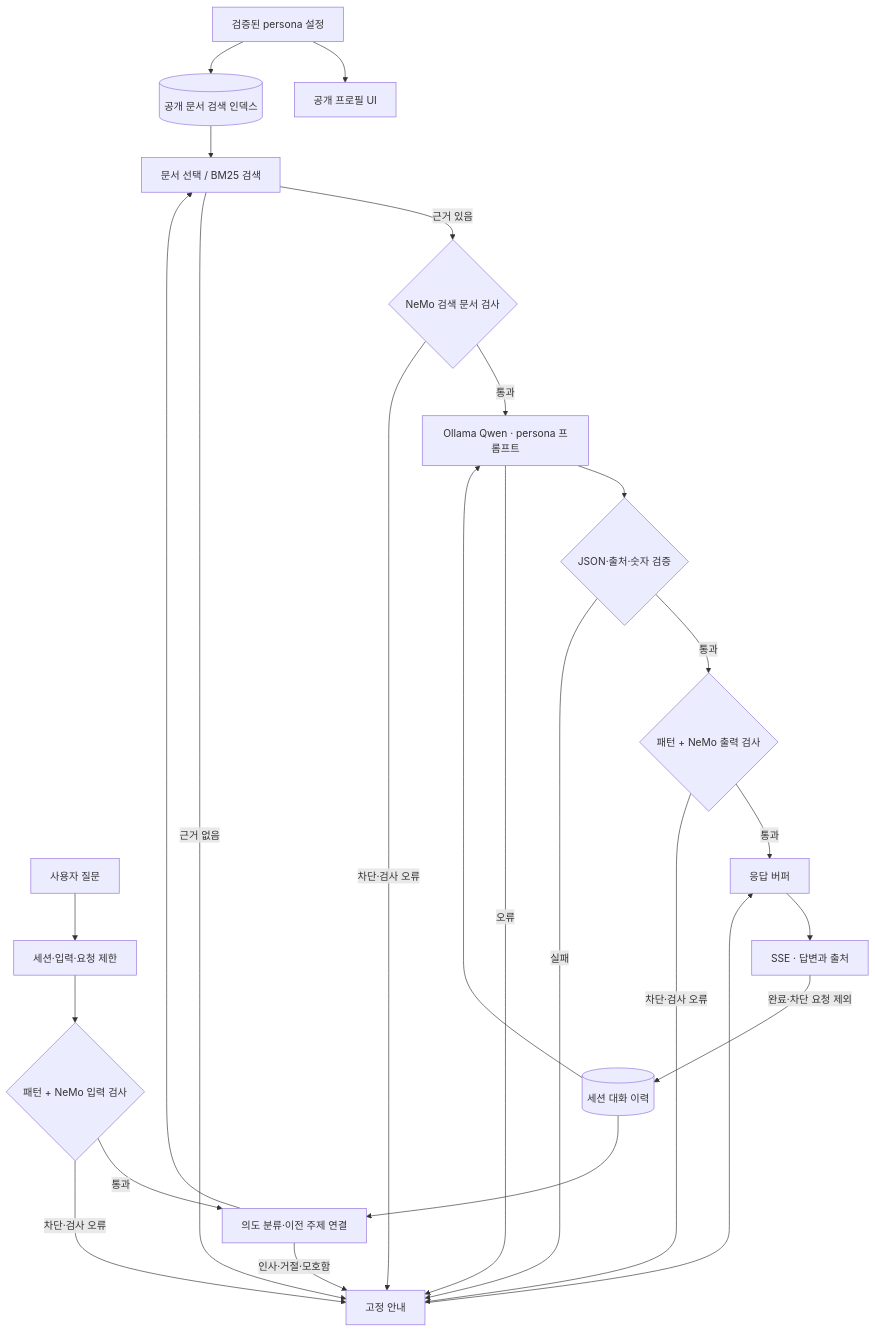
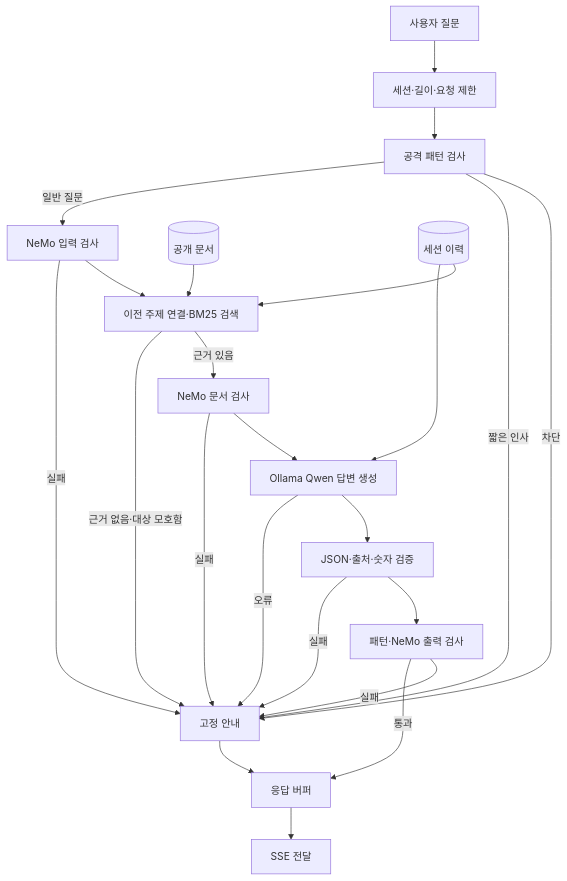
The diagram in README.md (Datapark1018/Personal-Persona-Chatbot), drawn with Mermaid before and after one commit. The commit also changed other lines of this file and 8 other files, not shown here.

````diff
--- a/README.md
+++ b/README.md
@@ -211,27 +128,22 @@
 ```mermaid
 flowchart TD
-    P["검증된 persona 설정"] --> UI["공개 프로필 UI"]
-    P --> K[("공개 문서 검색 인덱스")]
-    U["사용자 질문"] --> A["세션·입력·요청 제한"]
-    A --> I{"패턴 + NeMo 입력 검사"}
-    I -->|"통과"| C["의도 분류·이전 주제 연결"]
-    I -->|"차단·검사 오류"| F["고정 안내"]
-    H[("세션 대화 이력")] --> C
-    C --> R["문서 선택 / BM25 검색"]
-    K --> R
-    R -->|"근거 있음"| G{"NeMo 검색 문서 검사"}
-    G -->|"통과"| M["Ollama Qwen · persona 프롬프트"]
-    G -->|"차단·검사 오류"| F
+    U[사용자 질문] --> A[세션·길이·요청 제한]
+    A --> P[공격 패턴 검사]
+    P -->|차단| F[고정 안내]
+    P -->|짧은 인사| F
+    P -->|일반 질문| I[NeMo 입력 검사]
+    I --> R[이전 주제 연결·BM25 검색]
+    K[(공개 문서)] --> R
+    H[(세션 이력)] --> R
+    R -->|근거 있음| C[NeMo 문서 검사]
+    R -->|근거 없음·대상 모호함| F
+    C --> M[Ollama Qwen 답변 생성]
     H --> M
-    R -->|"근거 없음"| F
-    C -->|"인사·거절·모호함"| F
-    M --> V{"JSON·출처·숫자 검증"}
-    V -->|"통과"| O{"패턴 + NeMo 출력 검사"}
-    O -->|"통과"| B["응답 버퍼"]
-    O -->|"차단·검사 오류"| F
-    V -->|"실패"| F
-    M -->|"오류"| F
+    M --> V[JSON·출처·숫자 검증]
+    V --> O[패턴·NeMo 출력 검사]
+    I & C & V & O -->|실패| F
+    M -->|오류| F
+    O -->|통과| B[응답 버퍼]
     F --> B
-    B --> S["SSE · 답변과 출처"]
-    S -->|"완료·차단 요청 제외"| H
+    B --> S[SSE 전달]
 ```
````
